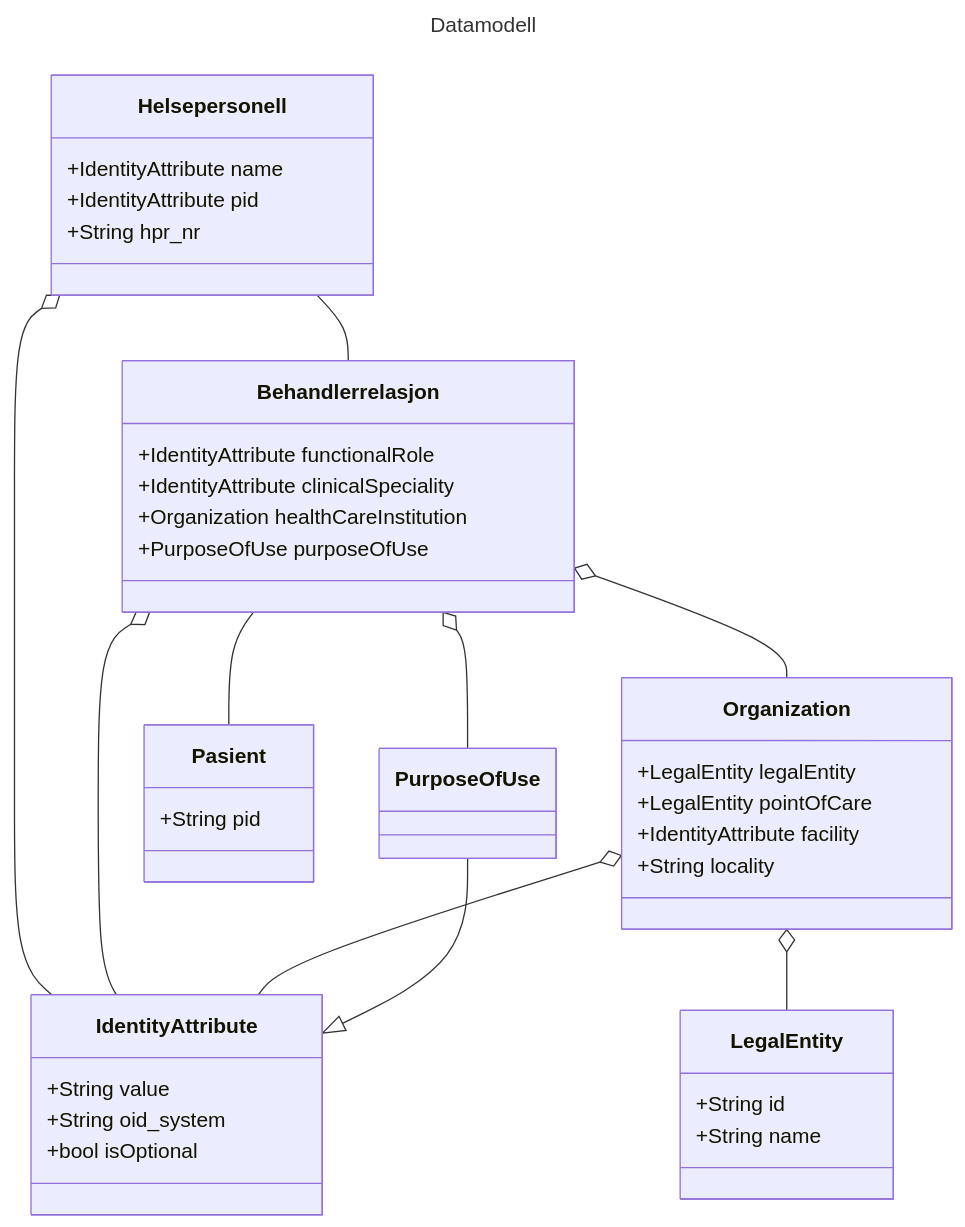
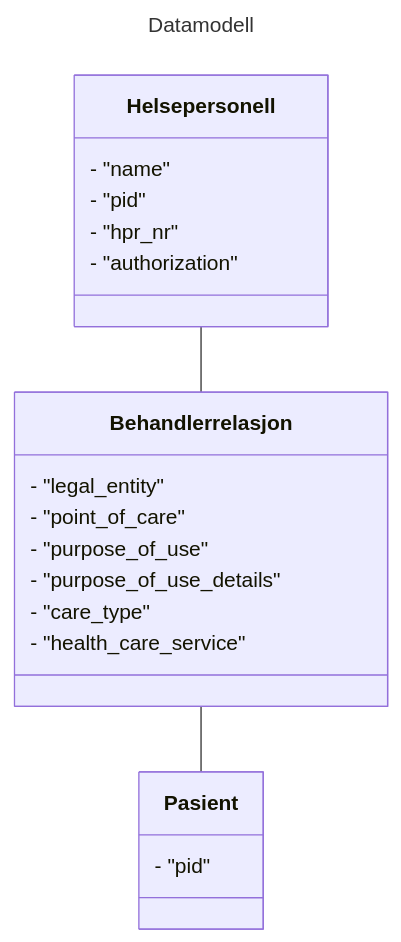
The second of 2 diagrams in specs/informasjons_og_datamodell.md (NorskHelsenett/Tillitsrammeverk), drawn with Mermaid before and after one commit. The commit also changed other lines of this file, not shown here.

````diff
--- a/specs/informasjons_og_datamodell.md
+++ b/specs/informasjons_og_datamodell.md
@@ -143,52 +147,30 @@
 ```mermaid
 ---
 title: Datamodell
 ---
 classDiagram
 
 	Helsepersonell -- Behandlerrelasjon
-	Helsepersonell o-- IdentityAttribute
-	Behandlerrelasjon o-- IdentityAttribute
-	Behandlerrelasjon o-- PurposeOfUse
-	Behandlerrelasjon o-- Organization
-	Organization o-- LegalEntity
-	Organization o-- IdentityAttribute
-	PurposeOfUse --|> IdentityAttribute
 	Behandlerrelasjon -- Pasient
 
 	class Helsepersonell{
-		+IdentityAttribute name
-		+IdentityAttribute pid
-		+String hpr_nr
+		- "name"
+		- "pid"
+		- "hpr_nr"
+		- "authorization"
 	}
 		
 	class Behandlerrelasjon{
-		+IdentityAttribute functionalRole
-		+IdentityAttribute clinicalSpeciality
-		+Organization healthCareInstitution
-		+PurposeOfUse purposeOfUse
+		- "legal_entity"
+		- "point_of_care"
+		- "purpose_of_use"
+		- "purpose_of_use_details"
+		- "care_type"
+		- "health_care_service"
 	}
 	
 	class Pasient{
-		+String pid
-	}
-	
-	class IdentityAttribute{
-		+String value
-		+String oid_system
-		+bool isOptional		
+		- "pid"
 	}	
-	
-	class LegalEntity{
-		+String id
-		+String name		
-	}
-	class Organization{
-		+LegalEntity legalEntity
-		+LegalEntity pointOfCare
-		+IdentityAttribute facility
-		+String locality
-	}
-	
 		
 ```
````
